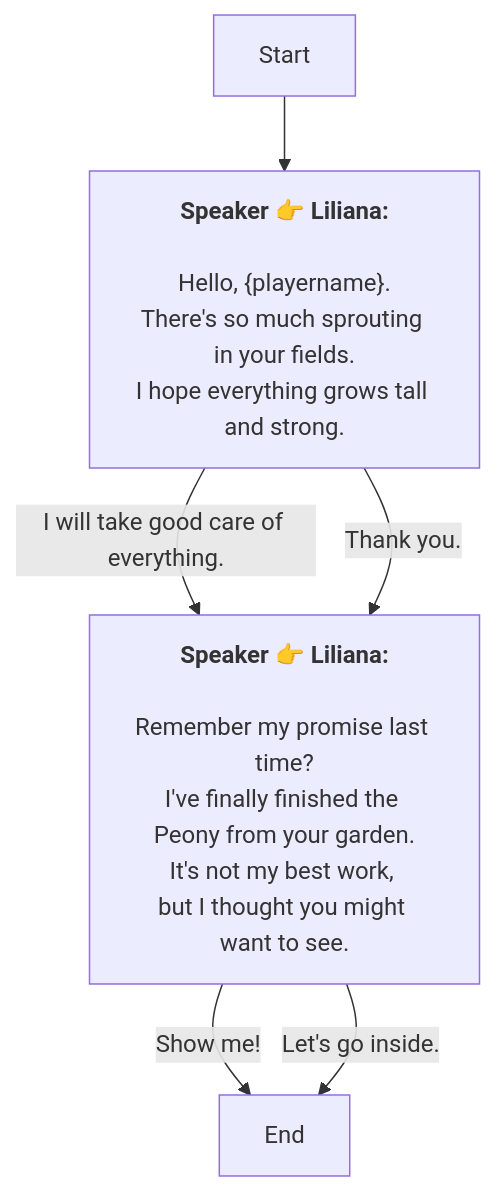
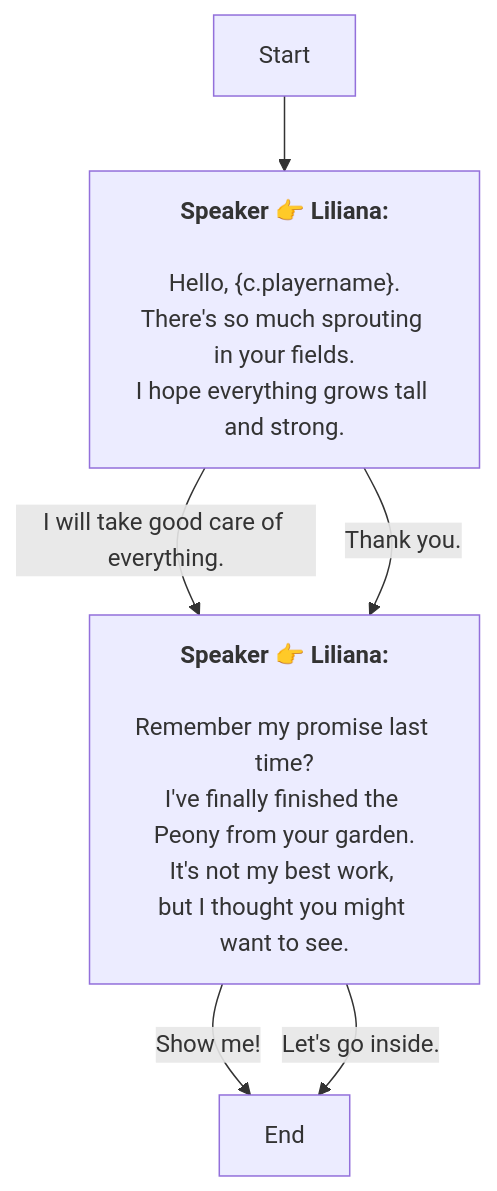
The diagram in En/QuestStartTalkENode_1768807868606533.md (SoftHu/tos_avg), drawn with Mermaid before and after one commit. The commit also changed 410 other files, not shown here.

````diff
--- a/En/QuestStartTalkENode_1768807868606533.md
+++ b/En/QuestStartTalkENode_1768807868606533.md
@@ -1,16 +1,16 @@
 ```mermaid
 graph
 Start -->1768807897752649[<b>Speaker 👉 Liliana:</b>
-\nHello, &lbrace;playername&rbrace;.
+\nHello, &lbrace;c.playername&rbrace;.
 There's so much sprouting in your fields.
 I hope everything grows tall and strong.]
 1768807897752649 -->|I will take good care of everything.|1768807897754701[<b>Speaker 👉 Liliana:</b>
 \nRemember my promise last time?\nI've finally finished the Peony from your garden.\nIt's not my best work, 
 but I thought you might want to see.]
 1768807897752649 -->|Thank you.|1768807897754701[<b>Speaker 👉 Liliana:</b>
 \nRemember my promise last time?\nI've finally finished the Peony from your garden.\nIt's not my best work, 
 but I thought you might want to see.]
 1768807897754701 -->|Show me!|1768807897756753[End]
 1768807897754701 -->|Let's go inside.|1768807897756753[End]
 
 ```
````
